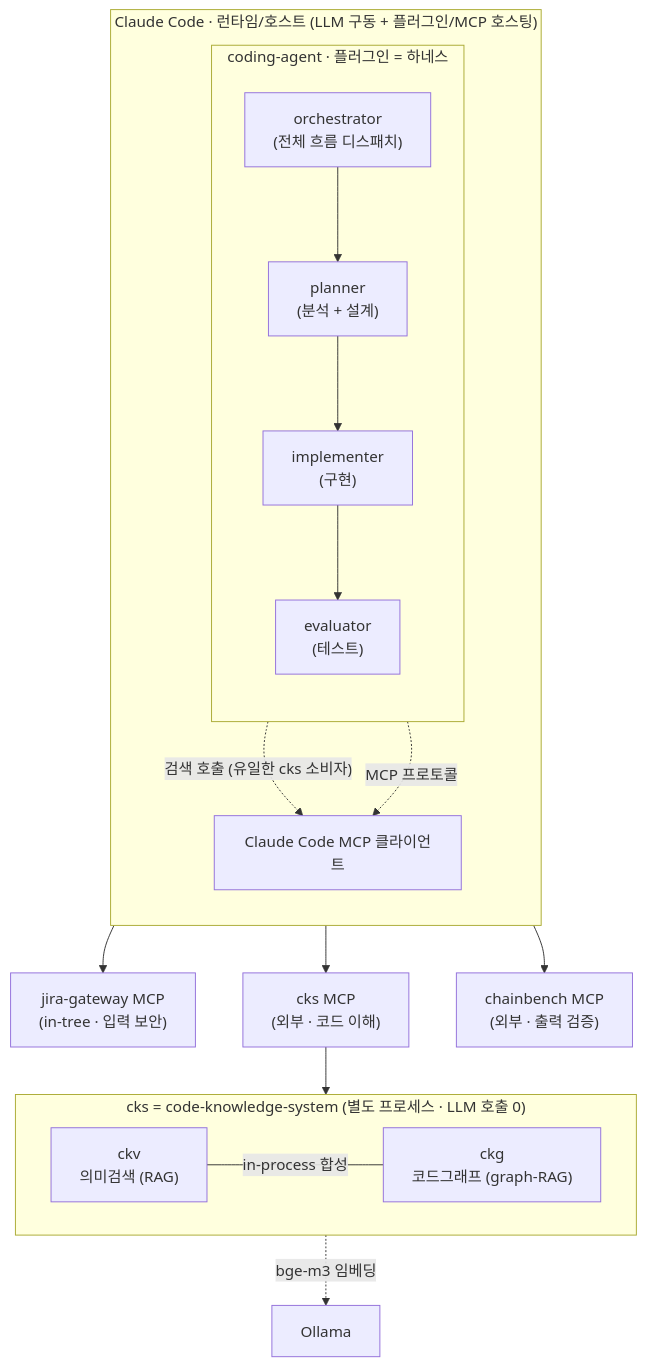
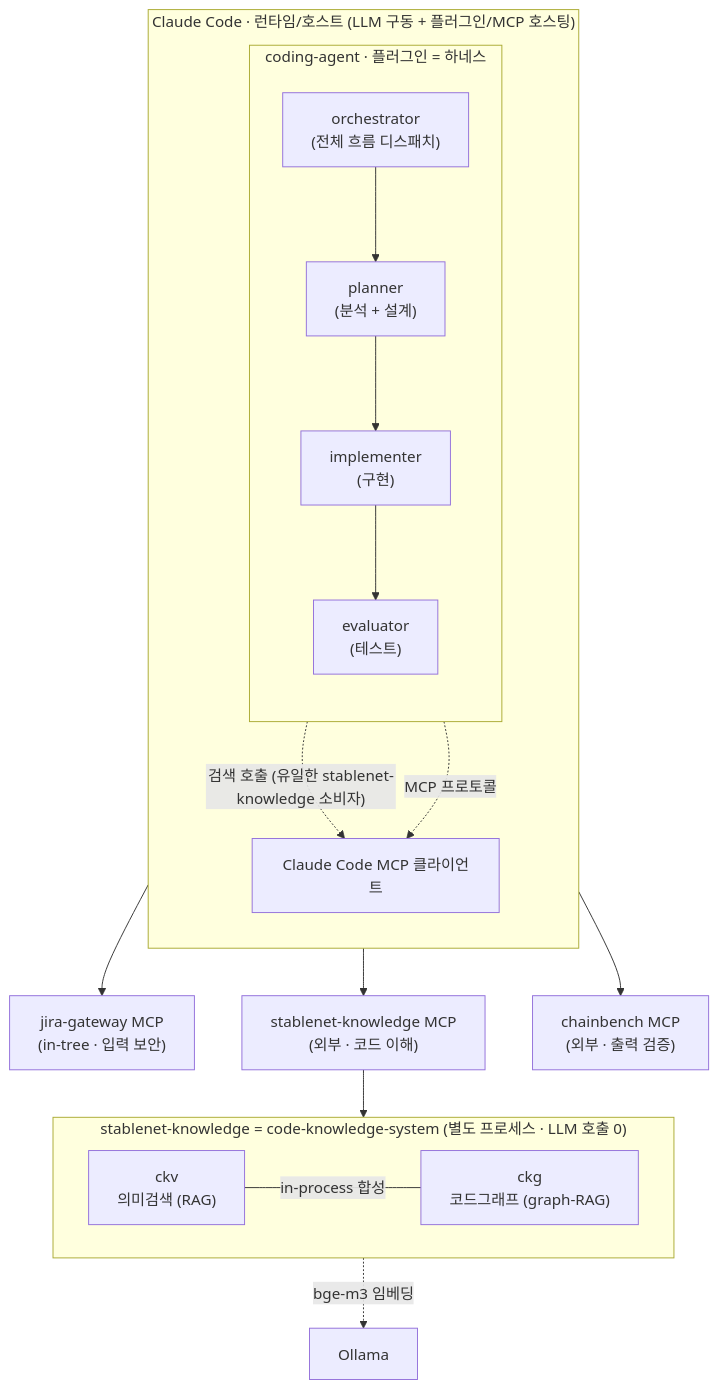
One commit to stable-net/stablenet-expert changed the first of 3 diagrams in docs/OVERVIEW.md. Above: the diagram before and after it, drawn with Mermaid. The commit also changed other lines of this file and 242 other files, not shown here.

````diff
--- a/docs/OVERVIEW.md
+++ b/docs/OVERVIEW.md
@@ -64,35 +64,35 @@
 ```mermaid
 flowchart TB
     subgraph CC["Claude Code · 런타임/호스트 (LLM 구동 + 플러그인/MCP 호스팅)"]
         direction TB
         subgraph CA["coding-agent · 플러그인 = 하네스"]
             direction TB
             ORCH["orchestrator<br/>(전체 흐름 디스패치)"]
             PLAN["planner<br/>(분석 + 설계)"]
             IMPL["implementer<br/>(구현)"]
             EVAL["evaluator<br/>(테스트)"]
             ORCH --> PLAN --> IMPL --> EVAL
         end
         MCPC["Claude Code MCP 클라이언트"]
         CA -.->|MCP 프로토콜| MCPC
     end
 
     JG["jira-gateway MCP<br/>(in-tree · 입력 보안)"]
-    CKS["cks MCP<br/>(외부 · 코드 이해)"]
+    stablenet-knowledge["stablenet-knowledge MCP<br/>(외부 · 코드 이해)"]
     CB["chainbench MCP<br/>(외부 · 출력 검증)"]
 
     MCPC --> JG
-    MCPC --> CKS
+    MCPC --> stablenet-knowledge
     MCPC --> CB
 
-    subgraph CKSI["cks = code-knowledge-system (별도 프로세스 · LLM 호출 0)"]
+    subgraph CKSI["stablenet-knowledge = code-knowledge-system (별도 프로세스 · LLM 호출 0)"]
         direction LR
         CKV["ckv<br/>의미검색 (RAG)"]
         CKG["ckg<br/>코드그래프 (graph-RAG)"]
         CKV ---|in-process 합성| CKG
     end
-    CKS --> CKSI
+    stablenet-knowledge --> CKSI
     CKV -.->|bge-m3 임베딩| OLLAMA["Ollama"]
 
-    PLAN -.->|"검색 호출 (유일한 cks 소비자)"| MCPC
+    PLAN -.->|"검색 호출 (유일한 stablenet-knowledge 소비자)"| MCPC
 ```
````
